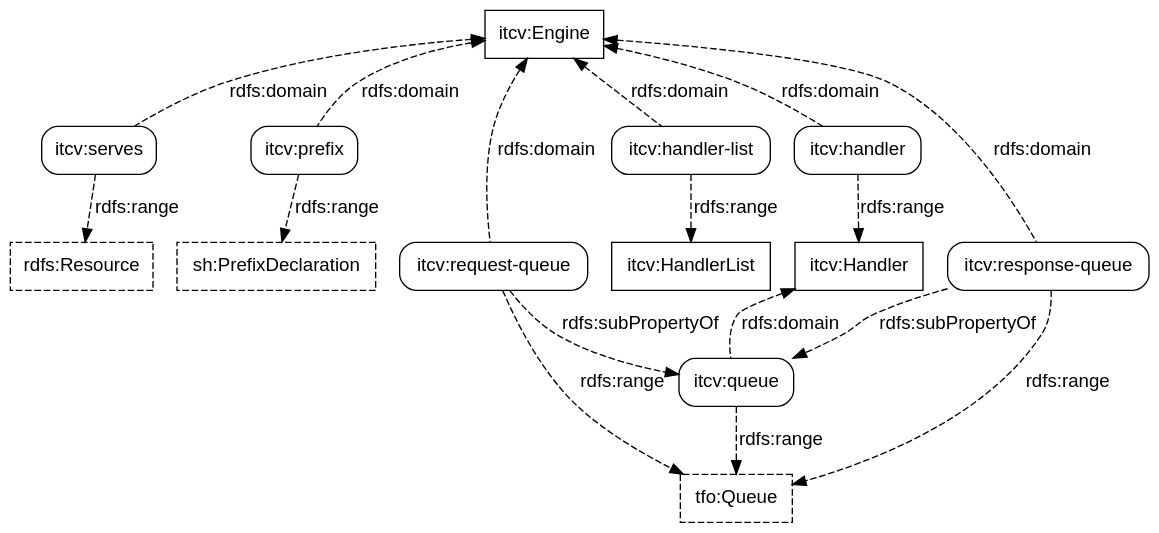
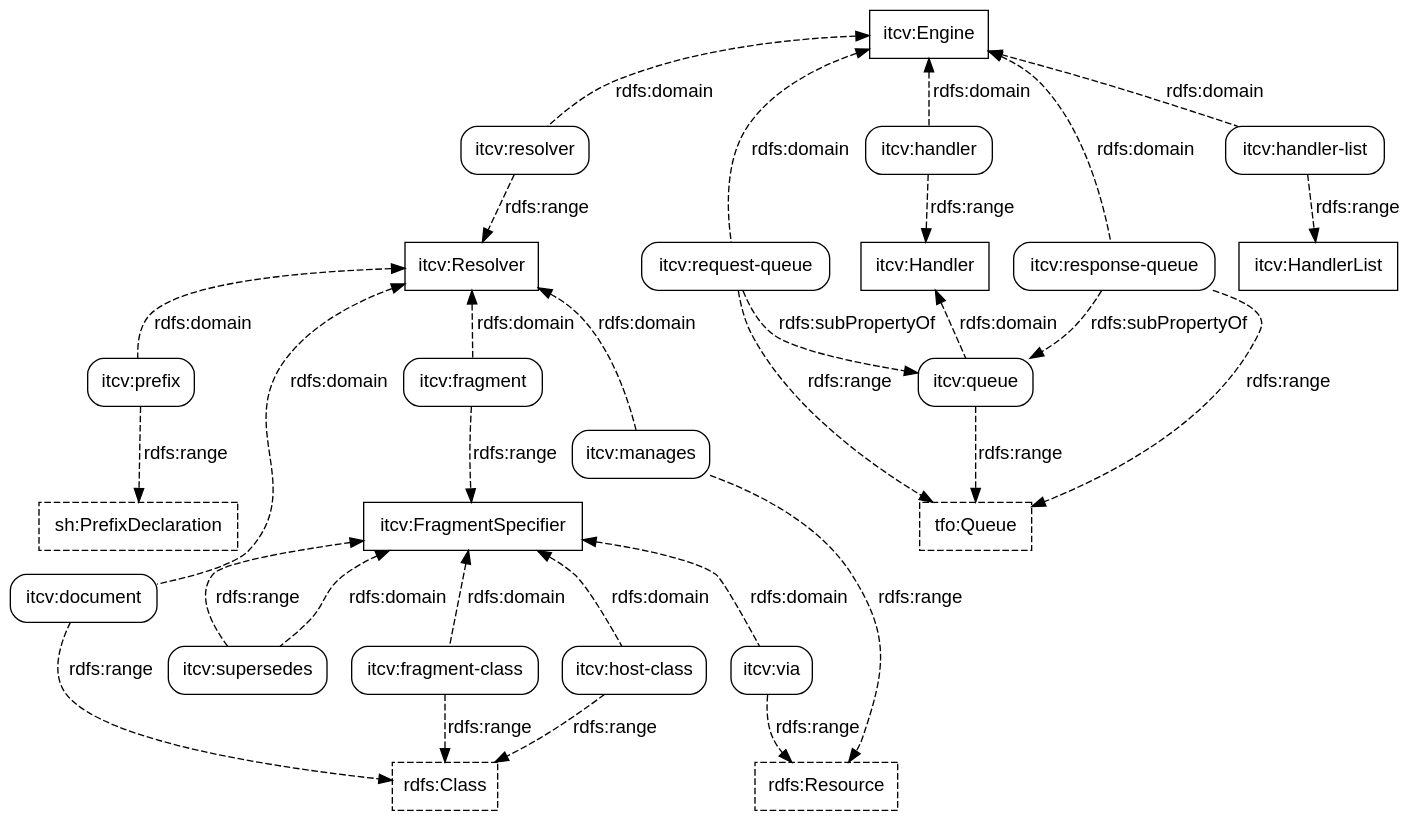
One commit to doriantaylor/owl-intertwingler-vocab changed the diagram in intertwingler-properties.dot. Above: the diagram before and after it, drawn with Graphviz. The commit also changed 3 other files, not shown here.

```diff
--- a/intertwingler-properties.dot
+++ b/intertwingler-properties.dot
@@ -1,73 +1,98 @@
 digraph {
     graph [bgcolor=transparent,rankdir=TB];
     node [shape=box,style=rounded,color="#000000",fontcolor="#000000",fontname="Lucida Grande, Lucida Sans Unicode, sans-serif"];
     edge [concentrate=true,color="#000000",fontcolor="#000000",fontname="Lucida Grande, Lucida Sans Unicode, sans-serif"];
 
     // third-party classes
 
     subgraph {
         node [shape=box, style=dashed];
         rdfs_Resource [label="rdfs:Resource", target="_parent", href="https://www.w3.org/TR/rdf-schema/#ch_resource"];
+        rdfs_Class [label="rdfs:Class", target="_parent", href="https://www.w3.org/TR/rdf-schema/#ch_class"];
         sh_PrefixDeclaration [label="sh:PrefixDeclaration", target="_parent", href="https://www.w3.org/TR/shacl/#sparql-prefixes"];
         tfo_Queue [label="tfo:Queue", target="_parent", href="https://vocab.methodandstructure.com/transformation#Queue"];
     }
 
     // our classes
 
     subgraph {
         node [shape=box, style=""];
         itcv_Handler [label="itcv:Handler", target="_parent", href="https://vocab.methodandstructure.com/intertwingler#Handler"];
+        itcv_Resolver [label="itcv:Resolver", target="_parent", href="https://vocab.methodandstructure.com/intertwingler#Resolver"];
+        itcv_FragmentSpecifier [label="itcv:FragmentSpecifier", target="_parent", href="https://vocab.methodandstructure.com/intertwingler#FragmentSpecifier"];
         itcv_Engine [label="itcv:Engine", target="_parent", href="https://vocab.methodandstructure.com/intertwingler#Engine"];
         // itcv_Transform [label="itcv:Transform", target="_parent", href="https://vocab.methodandstructure.com/intertwingler#Transform"];
         itcv_HandlerList [label="itcv:HandlerList", target="_parent", href="https://vocab.methodandstructure.com/intertwingler#HandlerList"];
     }
 
     // third-party properties
 
     subgraph {
         node [style="dashed,rounded"];
     }
 
     // our properties
 
-    itcv_serves [label="itcv:serves", target="_parent", href="https://vocab.methodandstructure.com/intertwingler#serves"];
+    itcv_resolver [label="itcv:resolver", target="_parent", href="https://vocab.methodandstructure.com/intertwingler#resolver"];
+    itcv_manages [label="itcv:manages", target="_parent", href="https://vocab.methodandstructure.com/intertwingler#manages"];
     itcv_prefix [label="itcv:prefix", target="_parent", href="https://vocab.methodandstructure.com/intertwingler#prefix"];
+    itcv_document [label="itcv:document", target="_parent", href="https://vocab.methodandstructure.com/intertwingler#document"];
+    itcv_fragment [label="itcv:fragment", target="_parent", href="https://vocab.methodandstructure.com/intertwingler#fragment"];
+    itcv_fragment_class [label="itcv:fragment-class", target="_parent", href="https://vocab.methodandstructure.com/intertwingler#fragment-class"];
+    itcv_host_class [label="itcv:host-class", target="_parent", href="https://vocab.methodandstructure.com/intertwingler#host-class"];
+    itcv_via [label="itcv:via", target="_parent", href="https://vocab.methodandstructure.com/intertwingler#via"];
+    itcv_supersedes [label="itcv:supersedes", target="_parent", href="https://vocab.methodandstructure.com/intertwingler#supersedes"];
     itcv_handler [label="itcv:handler", target="_parent", href="https://vocab.methodandstructure.com/intertwingler#handler"];
     itcv_handler_list [label="itcv:handler-list", target="_parent", href="https://vocab.methodandstructure.com/intertwingler#handler-list"];
     itcv_queue [label="itcv:queue", target="_parent", href="https://vocab.methodandstructure.com/intertwingler#queue"];
     itcv_request_queue [label="itcv:request-queue", target="_parent", href="https://vocab.methodandstructure.com/intertwingler#request-queue"];
     itcv_response_queue [label="itcv:response-queue", target="_parent", href="https://vocab.methodandstructure.com/intertwingler#response-queue"];
 
     // relations
 
     subgraph {
         edge [style=dashed, label="rdfs:subPropertyOf"];
         itcv_request_queue -> itcv_queue ;
         itcv_response_queue -> itcv_queue ;
     }
 
     subgraph {
         edge [style=dashed, dir=back, label="rdfs:domain"];
-        itcv_Handler -> itcv_queue;
-        itcv_Engine  -> itcv_request_queue;
-        itcv_Engine  -> itcv_response_queue;
-        itcv_Engine  -> itcv_serves;
-        itcv_Engine  -> itcv_prefix;
+        itcv_Handler  -> itcv_queue;
+        itcv_Engine   -> itcv_request_queue;
+        itcv_Engine   -> itcv_response_queue;
+        itcv_Engine   -> itcv_resolver;
+        itcv_Resolver -> itcv_manages;
+        itcv_Resolver -> itcv_prefix;
+        itcv_Resolver -> itcv_document;
+        itcv_Resolver -> itcv_fragment;
+
+        itcv_FragmentSpecifier -> itcv_fragment_class;
+        itcv_FragmentSpecifier -> itcv_host_class;
+        itcv_FragmentSpecifier -> itcv_via;
+        itcv_FragmentSpecifier -> itcv_supersedes;
 
         itcv_Engine  -> itcv_handler;
         itcv_Engine  -> itcv_handler_list;
     }
 
     subgraph {
         edge [style=dashed, label="rdfs:range"];
-        itcv_serves         -> rdfs_Resource;
+        itcv_resolver       -> itcv_Resolver;
+        itcv_manages        -> rdfs_Resource;
         itcv_prefix         -> sh_PrefixDeclaration;
+        itcv_document       -> rdfs_Class;
+        itcv_fragment       -> itcv_FragmentSpecifier;
+        itcv_fragment_class -> rdfs_Class;
+        itcv_host_class     -> rdfs_Class;
+        itcv_via            -> rdfs_Resource;
+        itcv_supersedes     -> itcv_FragmentSpecifier;
 
         itcv_queue          -> tfo_Queue;
         itcv_request_queue  -> tfo_Queue;
         itcv_response_queue -> tfo_Queue;
 
         itcv_handler      -> itcv_Handler;
         itcv_handler_list -> itcv_HandlerList;
     }
 }
```
